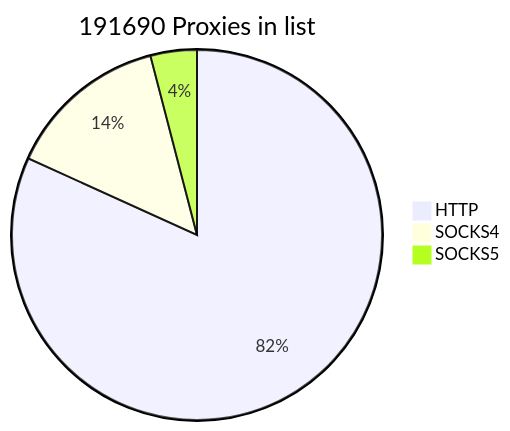
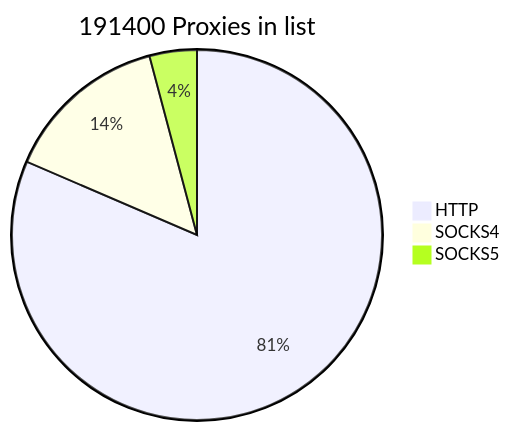
Before and after one commit to cutipu/proxylist: the first of 2 diagrams in README.md, drawn with Mermaid. The commit also changed other lines of this file, not shown here.

````diff
--- a/README.md
+++ b/README.md
@@ -2,7 +2,7 @@
 ```mermaid
-pie title 191690 Proxies in list
-    "HTTP" : 156777
-    "SOCKS4" : 27158
-    "SOCKS5" : 7755
+pie title 191400 Proxies in list
+    "HTTP" : 155939
+    "SOCKS4" : 27554
+    "SOCKS5" : 7907
             
 ```
````
